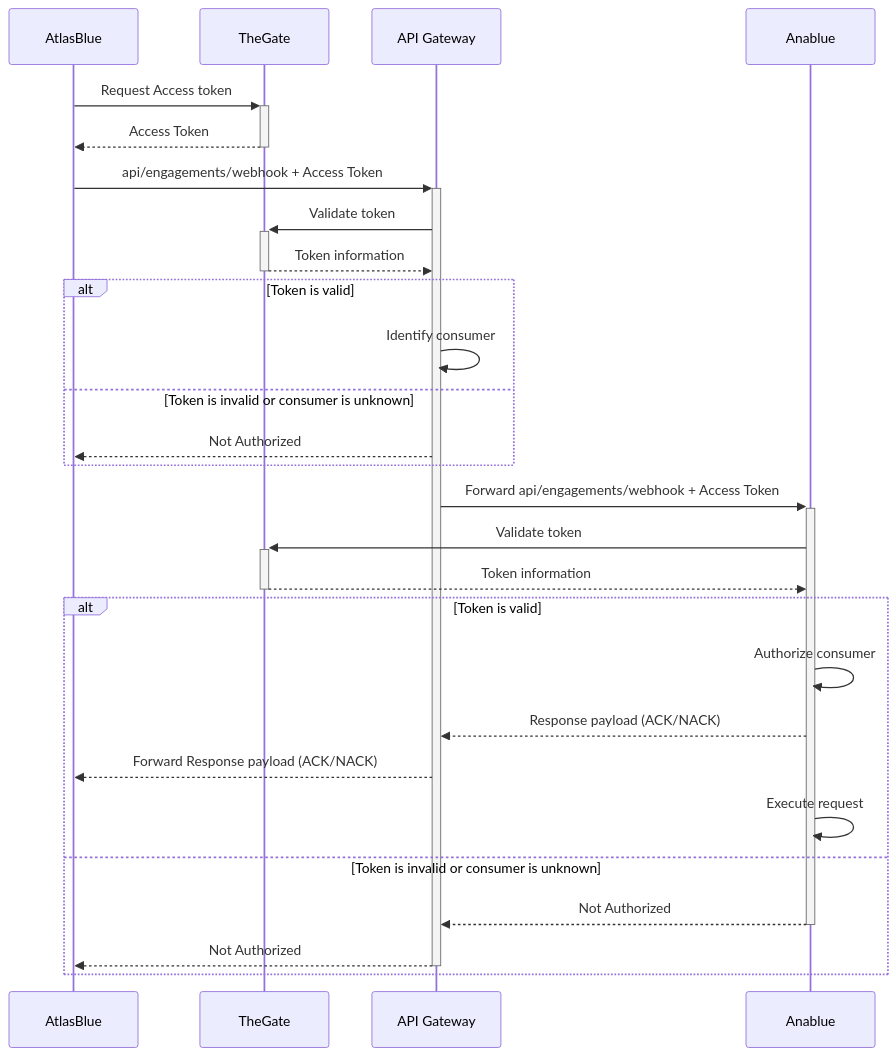
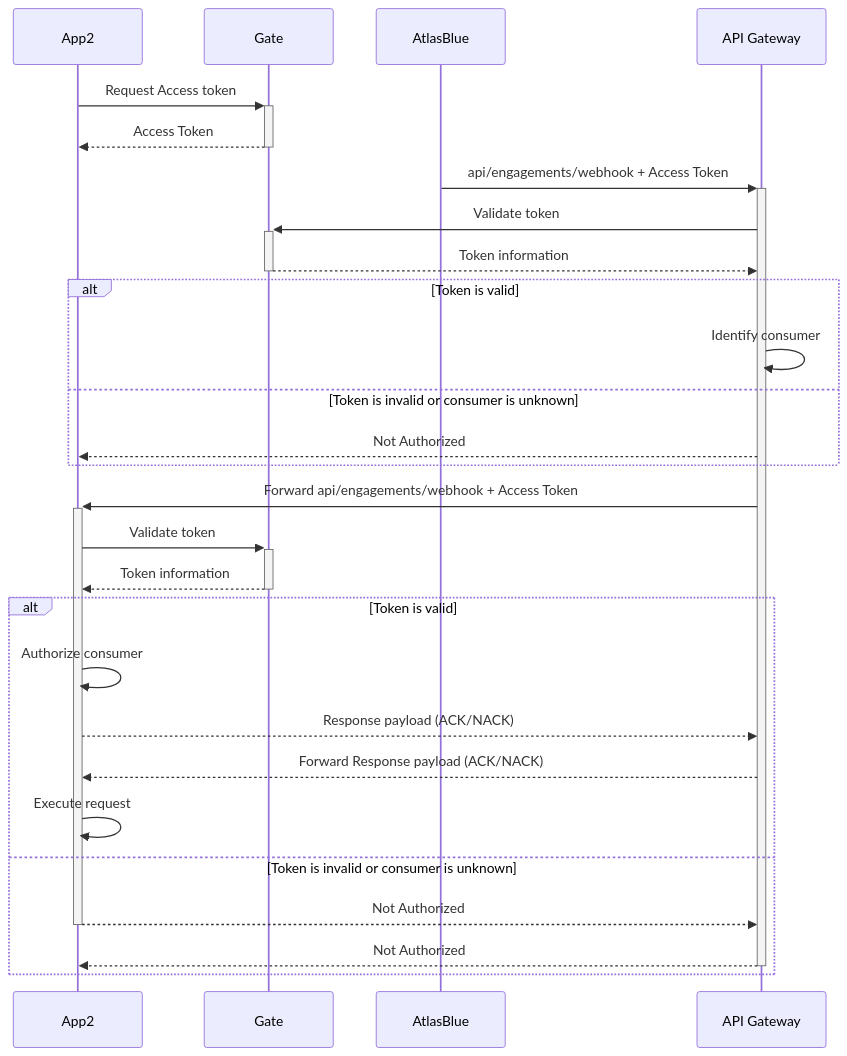
Before and after one commit to malganis35/these-cao-tri-do: the fourth of 6 diagrams in docs/sphinx_quickstart/mermaid_syntax_demo.rst, drawn with Mermaid. The commit also changed other lines of this file and 5 other files, not shown here.

```diff
--- a/docs/sphinx_quickstart/mermaid_syntax_demo.rst
+++ b/docs/sphinx_quickstart/mermaid_syntax_demo.rst
@@ -98,26 +98,26 @@
     .. mermaid::
 
       sequenceDiagram
 
-        AtlasBlue ->>+ TheGate: Request Access token
-        TheGate -->>- AtlasBlue: Access Token
+        App2 ->>+ Gate: Request Access token
+        Gate -->>- App2: Access Token
         AtlasBlue ->>+ API Gateway: api/engagements/webhook + Access Token
-        API Gateway ->>+ TheGate: Validate token
-        TheGate -->>- API Gateway: Token information
+        API Gateway ->>+ Gate: Validate token
+        Gate -->>- API Gateway: Token information
         alt Token is valid
             API Gateway->> API Gateway: Identify consumer
         else Token is invalid or consumer is unknown
-            API Gateway-->> AtlasBlue: Not Authorized
+            API Gateway-->> App2: Not Authorized
         end
-        API Gateway->>+ Anablue: Forward api/engagements/webhook + Access Token
-        Anablue ->>+ TheGate: Validate token
-        TheGate -->>- Anablue: Token information
+        API Gateway->>+ App2: Forward api/engagements/webhook + Access Token
+        App2 ->>+ Gate: Validate token
+        Gate -->>- App2: Token information
         alt Token is valid
-            Anablue ->> Anablue: Authorize consumer
-            Anablue -->> API Gateway: Response payload (ACK/NACK)
-            API Gateway-->> AtlasBlue: Forward Response payload (ACK/NACK)
-            Anablue ->> Anablue: Execute request
+            App2 ->> App2: Authorize consumer
+            App2 -->> API Gateway: Response payload (ACK/NACK)
+            API Gateway-->> App2: Forward Response payload (ACK/NACK)
+            App2 ->> App2: Execute request
         else Token is invalid or consumer is unknown
-            Anablue -->>- API Gateway: Not Authorized
-            API Gateway-->>- AtlasBlue: Not Authorized
+            App2 -->>- API Gateway: Not Authorized
+            API Gateway-->>- App2: Not Authorized
         end
```
